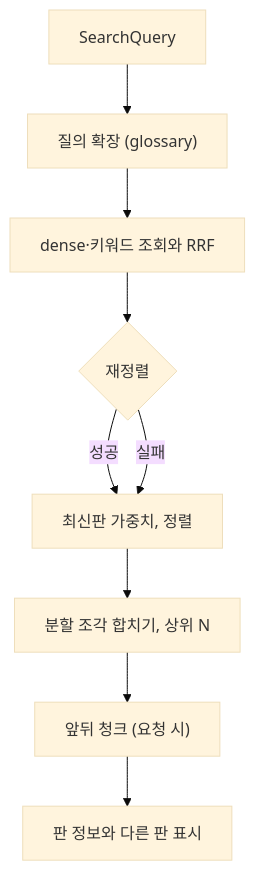
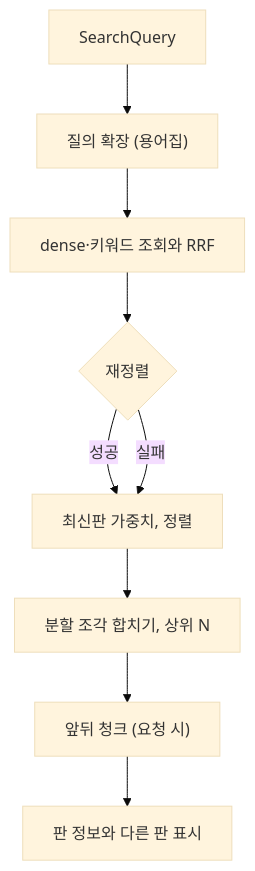
The third of 3 diagrams in apps/rag-server/src/minerva_rag/search/MODULE.md (victor7-aquila/minerva), drawn with Mermaid (base theme) before and after one commit. The commit also changed other lines of this file and 19 other files, not shown here.

````diff
--- a/apps/rag-server/src/minerva_rag/search/MODULE.md
+++ b/apps/rag-server/src/minerva_rag/search/MODULE.md
@@ -307,11 +396,11 @@
 ```mermaid
 flowchart TB
-    Q["SearchQuery"] --> X["질의 확장 (glossary)"]
+    Q["SearchQuery"] --> X["질의 확장 (용어집)"]
     X --> H["dense·키워드 조회와 RRF"]
     H --> R{"재정렬"}
     R -->|성공| W["최신판 가중치, 정렬"]
     R -->|실패| W
     W --> G["분할 조각 합치기, 상위 N"]
     G --> N["앞뒤 청크 (요청 시)"]
     N --> E["판 정보와 다른 판 표시"]
 ```
````
